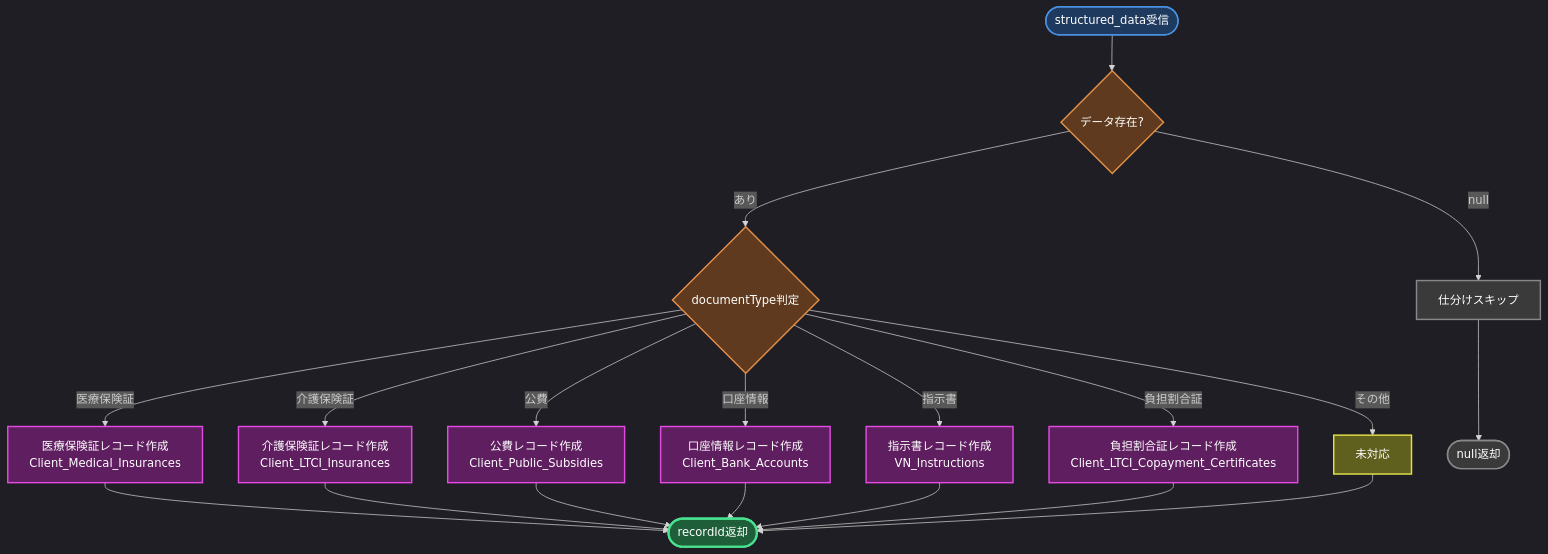
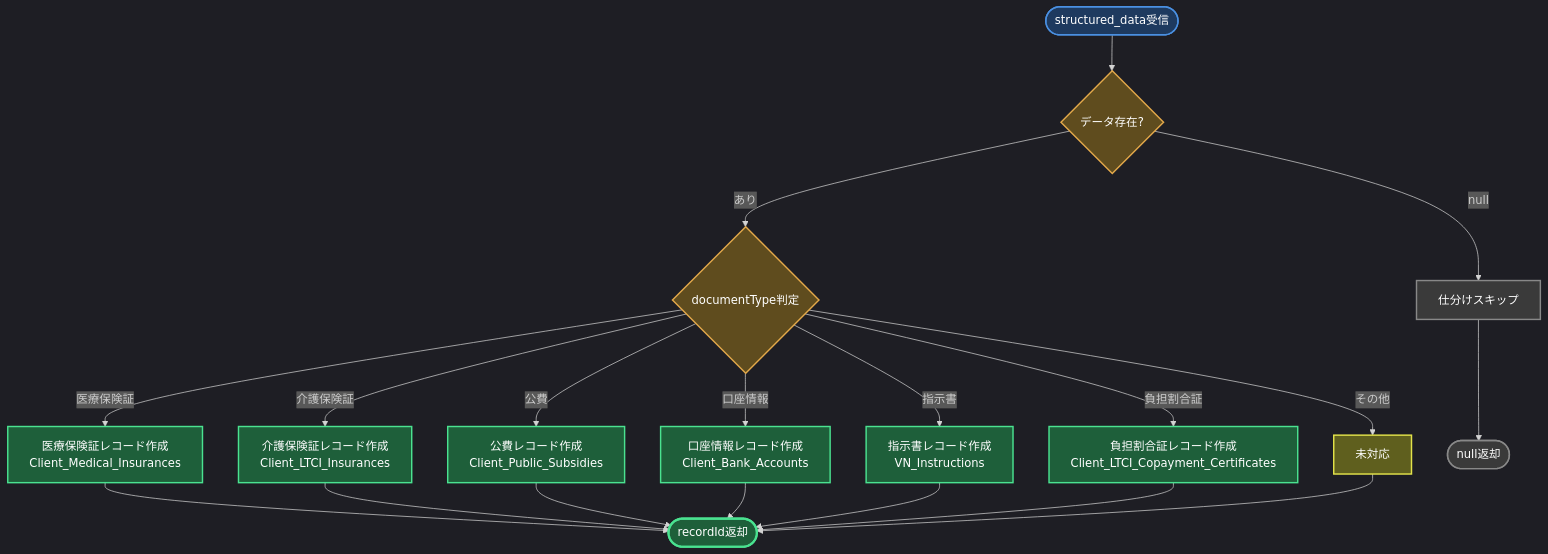
Before and after one commit to tasai-lab/appsheet-gas-automation: the third of 7 diagrams in gas_projects/projects/nursing/Appsheet_訪問看護_書類OCR/FLOW.md, drawn with Mermaid. The commit also changed other lines of this file and 15 other files, not shown here.

First line of the commit message:
docs: FLOW.mdにダークモード対応配色を適用 - 全15プロジェクト完了

````diff
--- a/gas_projects/projects/nursing/Appsheet_訪問看護_書類OCR/FLOW.md
+++ b/gas_projects/projects/nursing/Appsheet_訪問看護_書類OCR/FLOW.md
@@ -84,32 +85,32 @@
 ```mermaid
 %%{init: {'theme':'dark'}}%%
 graph TB
-    Start([structured_data受信]):::input --> Check{データ存在?}:::decision
+    Start([structured_data受信]):::webhook --> Check{データ存在?}:::decision
 
     Check -->|null| Skip[仕分けスキップ]:::skip
     Check -->|あり| Type{documentType判定}:::decision
 
     Type -->|医療保険証| Medical[医療保険証レコード作成<br/>Client_Medical_Insurances]:::appsheet
     Type -->|介護保険証| LTCI[介護保険証レコード作成<br/>Client_LTCI_Insurances]:::appsheet
     Type -->|公費| Subsidy[公費レコード作成<br/>Client_Public_Subsidies]:::appsheet
     Type -->|口座情報| Bank[口座情報レコード作成<br/>Client_Bank_Accounts]:::appsheet
     Type -->|指示書| Instruction[指示書レコード作成<br/>VN_Instructions]:::appsheet
     Type -->|負担割合証| Copay[負担割合証レコード作成<br/>Client_LTCI_Copayment_Certificates]:::appsheet
     Type -->|その他| Other[未対応]:::warn
 
     Medical --> Return([recordId返却]):::success
     LTCI --> Return
     Subsidy --> Return
     Bank --> Return
     Instruction --> Return
     Copay --> Return
     Other --> Return
     Skip --> Null([null返却]):::skip
 
-    classDef input fill:#1e3a5f,stroke:#4a90e2,stroke-width:2px,color:#fff
-    classDef decision fill:#5f3a1e,stroke:#e2904a,stroke-width:2px,color:#fff
-    classDef appsheet fill:#5f1e5f,stroke:#e24ae2,stroke-width:2px,color:#fff
-    classDef success fill:#1e5f3a,stroke:#4ae290,stroke-width:3px,color:#fff
-    classDef skip fill:#3a3a3a,stroke:#888,stroke-width:2px,color:#fff
-    classDef warn fill:#5f5f1e,stroke:#e2e24a,stroke-width:2px,color:#fff
+    classDef webhook fill:#1e3a5f,stroke:#4a90e2,stroke-width:2px,color:#ffffff
+    classDef decision fill:#5f4c1e,stroke:#e2a84a,stroke-width:2px,color:#ffffff
+    classDef appsheet fill:#1e5f3a,stroke:#4ae290,stroke-width:2px,color:#ffffff
+    classDef success fill:#1e5f3a,stroke:#4ae290,stroke-width:3px,color:#ffffff
+    classDef skip fill:#3a3a3a,stroke:#888,stroke-width:2px,color:#ffffff
+    classDef warn fill:#5f5f1e,stroke:#e2e24a,stroke-width:2px,color:#ffffff
 ```
````
